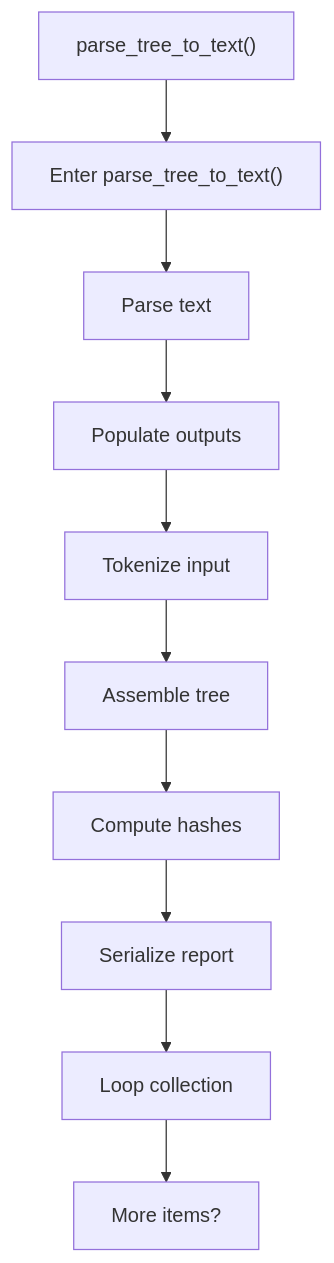
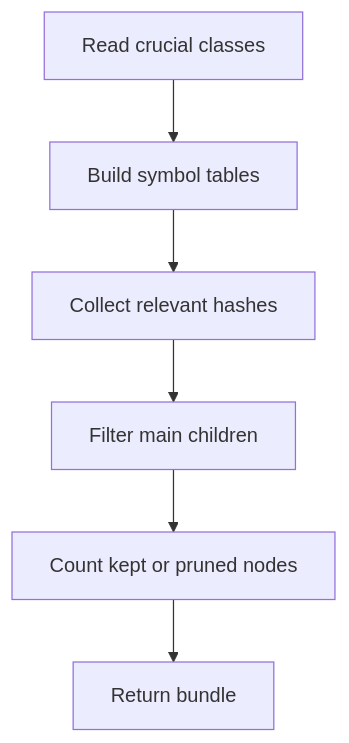
Before and after one commit to JohnAndrewBalbarosa/NeoTerritory: the seventh of 9 diagrams in docs/Codebase/Microservice/Modules/Source/Trees/ClassGeneration/Actual/core.cpp.md, drawn with Mermaid. The commit also changed other lines of this file and 915 other files, not shown here.

````diff
--- a/docs/Codebase/Microservice/Modules/Source/Trees/ClassGeneration/Actual/core.cpp.md
+++ b/docs/Codebase/Microservice/Modules/Source/Trees/ClassGeneration/Actual/core.cpp.md
@@ -255,22 +114,10 @@
 ```mermaid
 flowchart TD
-    N0["parse_tree_to_text()"]
-    N1["Enter parse_tree_to_text()"]
-    N2["Parse text"]
-    N3["Populate outputs"]
-    N4["Tokenize input"]
-    N5["Assemble tree"]
-    N6["Compute hashes"]
-    N7["Serialize report"]
-    N8["Loop collection"]
-    N9["More items?"]
-    N0 --> N1
-    N1 --> N2
-    N2 --> N3
-    N3 --> N4
-    N4 --> N5
-    N5 --> N6
-    N6 --> N7
-    N7 --> N8
-    N8 --> N9
+    N0["Read crucial classes"]
+    N1["Build symbol tables"]
+    N2["Collect relevant hashes"]
+    N3["Filter main children"]
+    N4["Count kept or pruned nodes"]
+    N5["Return bundle"]
+    N0 --> N1 --> N2 --> N3 --> N4 --> N5
 ```
````
